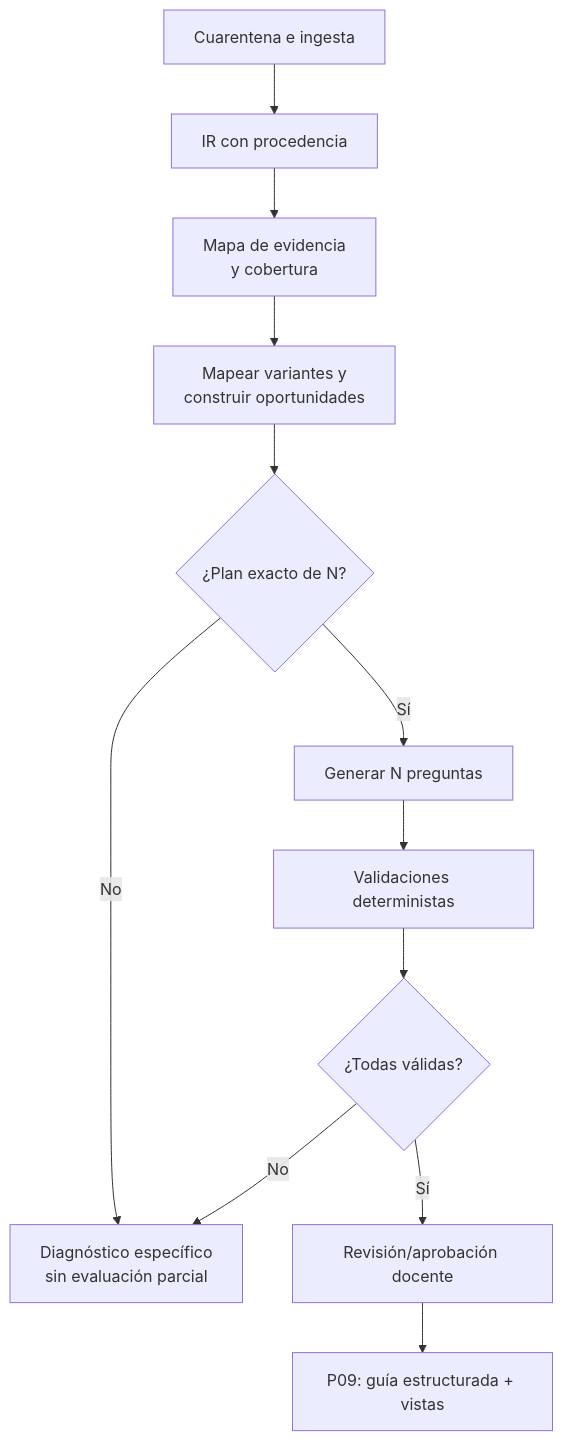
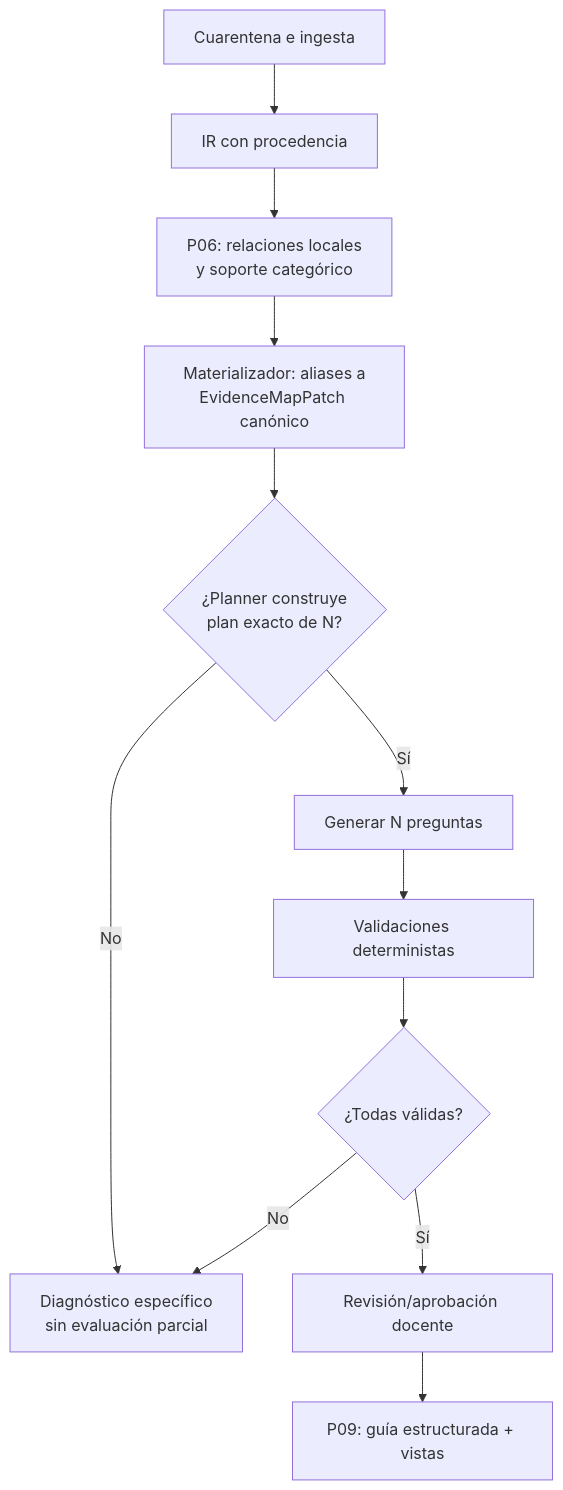
The fifth of 6 diagrams in specification/00_Especificacion_Arquitectura_v1.1(1).md (WilJms/PruebasPersonalizadas), drawn with Mermaid before and after one commit. The commit also changed other lines of this file and 42 other files, not shown here.

````diff
--- a/specification/00_Especificacion_Arquitectura_v1.1(1).md
+++ b/specification/00_Especificacion_Arquitectura_v1.1(1).md
@@ -523,14 +524,14 @@
 ```mermaid
 flowchart TB
     A["Cuarentena e ingesta"] --> B["IR con procedencia"]
-    B --> C["Mapa de evidencia\ny cobertura"]
-    C --> D["Mapear variantes y\nconstruir oportunidades"]
-    D --> E{¿Plan exacto de N?}
+    B --> C["P06: relaciones locales\ny soporte categórico"]
+    C --> D["Materializador: aliases a\nEvidenceMapPatch canónico"]
+    D --> E{¿Planner construye\nplan exacto de N?}
     E -->|No| X["Diagnóstico específico\nsin evaluación parcial"]
     E -->|Sí| F["Generar N preguntas"]
     F --> G["Validaciones deterministas"]
     G --> H{¿Todas válidas?}
     H -->|No| X
     H -->|Sí| I["Revisión/aprobación docente"]
     I --> J["P09: guía estructurada + vistas"]
 ```
````
